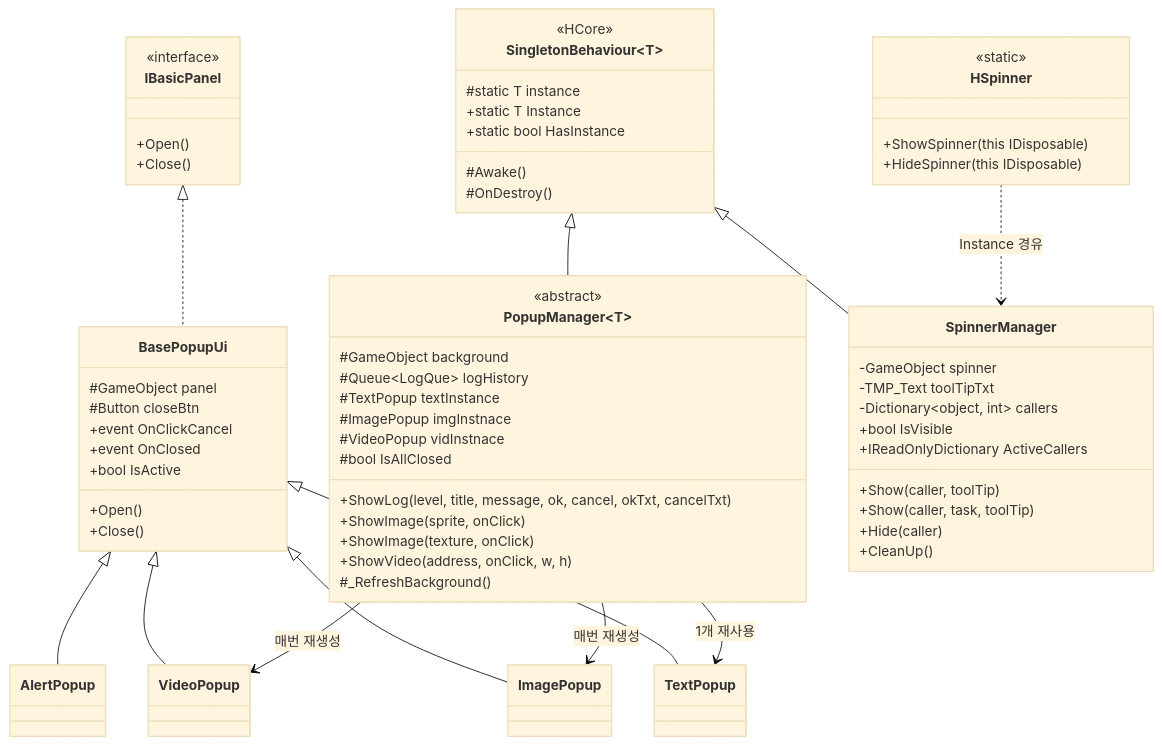
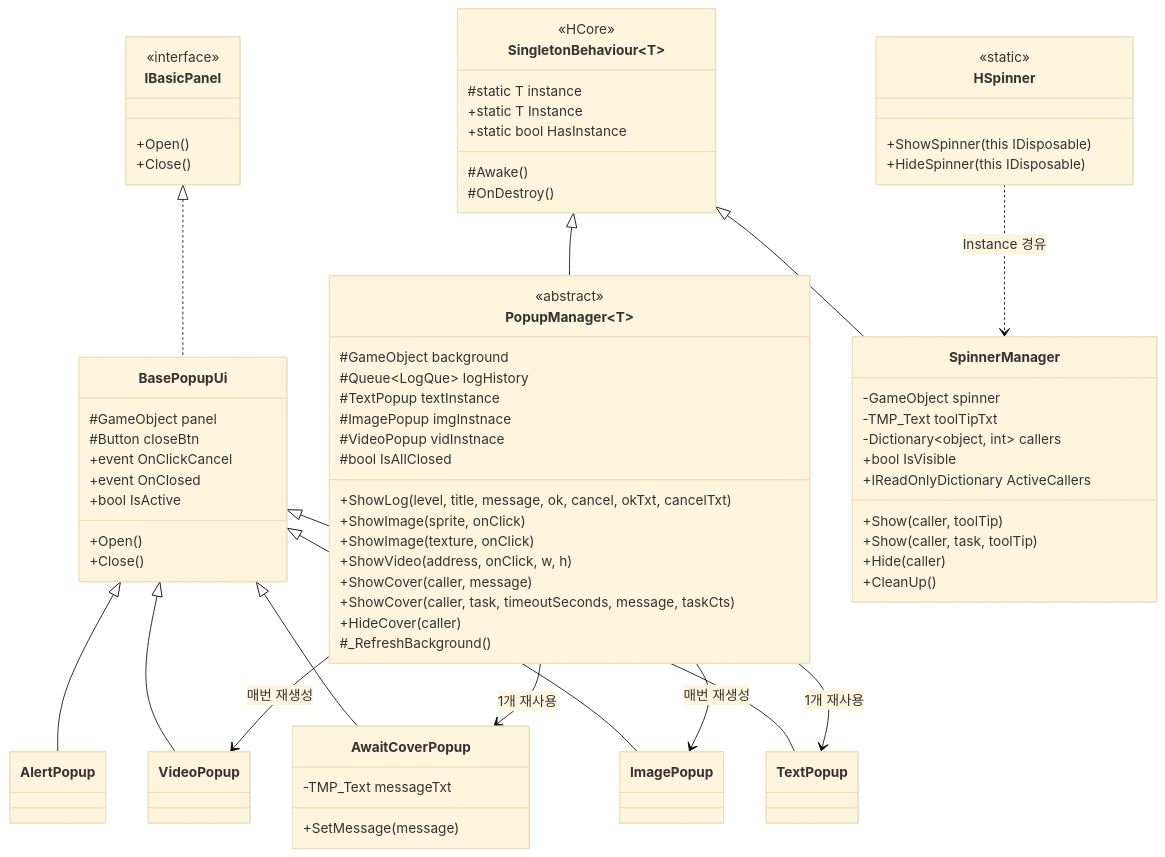
The first of 5 diagrams in HUI/docs/Overlay.md (HoHong123/HCUP-Unity), drawn with Mermaid (base theme) before and after one commit. The commit also changed other lines of this file, not shown here.

Commit message:
[Docs] 📝 17.09.26 document AwaitCover popup in Overlay

````diff
--- a/HUI/docs/Overlay.md
+++ b/HUI/docs/Overlay.md
@@ -43,67 +44,76 @@
 ```mermaid
 classDiagram
     class SingletonBehaviour~T~ {
         <<HCore>>
         #static T instance
         +static T Instance
         +static bool HasInstance
         #Awake()
         #OnDestroy()
     }
     class IBasicPanel {
         <<interface>>
         +Open()
         +Close()
     }
     class PopupManager~T~ {
         <<abstract>>
         #GameObject background
         #Queue~LogQue~ logHistory
         #TextPopup textInstance
         #ImagePopup imgInstnace
         #VideoPopup vidInstnace
         #bool IsAllClosed
         +ShowLog(level, title, message, ok, cancel, okTxt, cancelTxt)
         +ShowImage(sprite, onClick)
         +ShowImage(texture, onClick)
         +ShowVideo(address, onClick, w, h)
+        +ShowCover(caller, message)
+        +ShowCover(caller, task, timeoutSeconds, message, taskCts)
+        +HideCover(caller)
         #_RefreshBackground()
+    }
+    class AwaitCoverPopup {
+        -TMP_Text messageTxt
+        +SetMessage(message)
     }
     class BasePopupUi {
         #GameObject panel
         #Button closeBtn
         +event OnClickCancel
         +event OnClosed
         +bool IsActive
         +Open()
         +Close()
     }
     class SpinnerManager {
         -GameObject spinner
         -TMP_Text toolTipTxt
         -Dictionary~object, int~ callers
         +bool IsVisible
         +IReadOnlyDictionary ActiveCallers
         +Show(caller, toolTip)
         +Show(caller, task, toolTip)
         +Hide(caller)
         +CleanUp()
     }
     class HSpinner {
         <<static>>
         +ShowSpinner(this IDisposable)
         +HideSpinner(this IDisposable)
     }
 
     SingletonBehaviour <|-- PopupManager
     SingletonBehaviour <|-- SpinnerManager
     IBasicPanel <|.. BasePopupUi
     BasePopupUi <|-- TextPopup
     BasePopupUi <|-- ImagePopup
     BasePopupUi <|-- VideoPopup
     BasePopupUi <|-- AlertPopup
+    BasePopupUi <|-- AwaitCoverPopup
+    PopupManager --> AwaitCoverPopup : 1개 재사용
     PopupManager --> TextPopup : 1개 재사용
     PopupManager --> ImagePopup : 매번 재생성
     PopupManager --> VideoPopup : 매번 재생성
     HSpinner ..> SpinnerManager : Instance 경유
 ```
````
